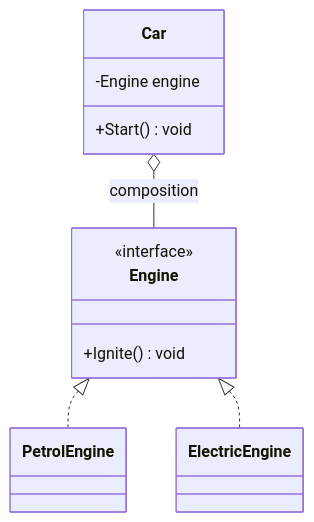
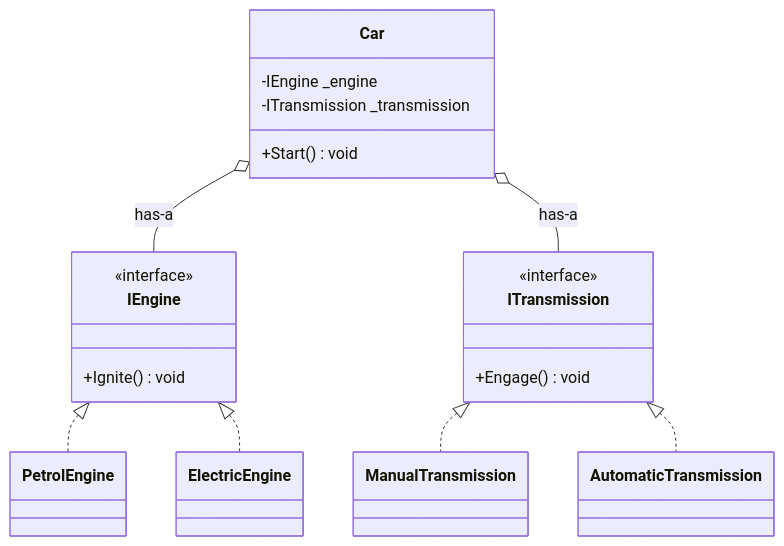
Before and after one commit to tushardongre1990/LLD-Claude: the sixth of 6 diagrams in 00-Foundations/01-OOP-Basics/notes.md, drawn with Mermaid. The commit also changed other lines of this file and 9 other files, not shown here.

````diff
--- a/00-Foundations/01-OOP-Basics/notes.md
+++ b/00-Foundations/01-OOP-Basics/notes.md
@@ -174,16 +309,26 @@
 ```mermaid
 classDiagram
     class Car {
-        -Engine engine
+        -IEngine _engine
+        -ITransmission _transmission
         +Start() void
     }
-    class Engine {
+    class IEngine {
         <<interface>>
         +Ignite() void
     }
+    class ITransmission {
+        <<interface>>
+        +Engage() void
+    }
     class PetrolEngine
     class ElectricEngine
-    Car o-- Engine : composition
-    Engine <|.. PetrolEngine
-    Engine <|.. ElectricEngine
+    class ManualTransmission
+    class AutomaticTransmission
+    Car o-- IEngine : has-a
+    Car o-- ITransmission : has-a
+    IEngine <|.. PetrolEngine
+    IEngine <|.. ElectricEngine
+    ITransmission <|.. ManualTransmission
+    ITransmission <|.. AutomaticTransmission
 ```
````
